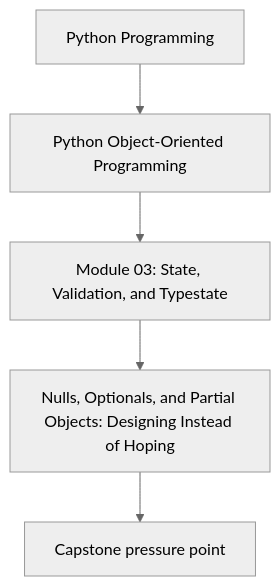
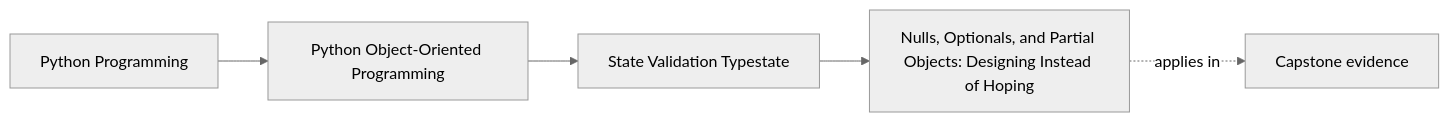
One commit to bijux/bijux-masterclass changed the first of 2 diagrams in programs/python-programming/python-object-oriented-programming/course-book/module-03-state-validation-typestate/null-optionals-and-partial-objects.md. Above: the diagram before and after it, drawn with Mermaid (neutral theme). The commit also changed other lines of this file and 65 other files, not shown here.

Commit message:
docs(python-object-oriented-programming): map object model and design foundations

````diff
--- a/programs/python-programming/python-object-oriented-programming/course-book/module-03-state-validation-typestate/null-optionals-and-partial-objects.md
+++ b/programs/python-programming/python-object-oriented-programming/course-book/module-03-state-validation-typestate/null-optionals-and-partial-objects.md
@@ -7,7 +7,11 @@
 ```mermaid
-flowchart TD
-  family["Python Programming"] --> program["Python Object-Oriented Programming"]
-  program --> module["Module 03: State, Validation, and Typestate"]
-  module --> concept["Nulls, Optionals, and Partial Objects: Designing Instead of Hoping"]
-  concept --> capstone["Capstone pressure point"]
+graph LR
+  family["Python Programming"]
+  program["Python Object-Oriented Programming"]
+  section["State Validation Typestate"]
+  page["Nulls, Optionals, and Partial Objects: Designing Instead of Hoping"]
+  capstone["Capstone evidence"]
+
+  family --> program --> section --> page
+  page -.applies in.-> capstone
 ```
````
